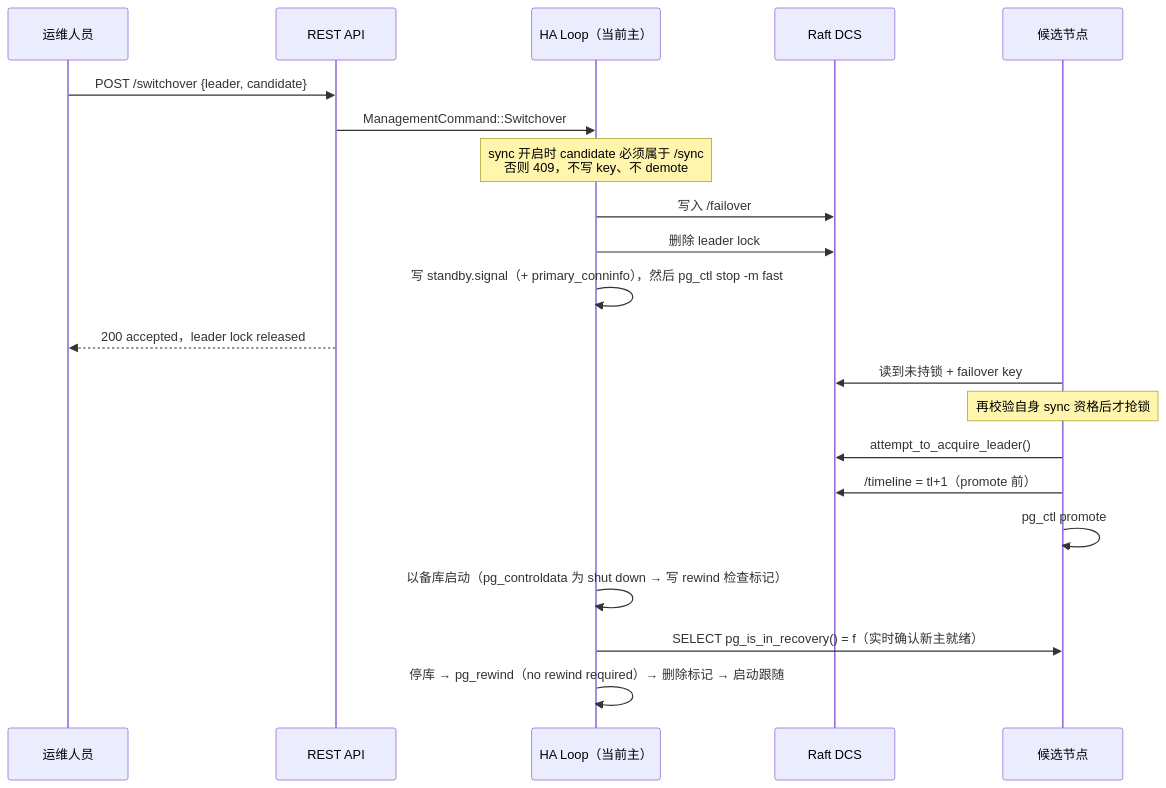
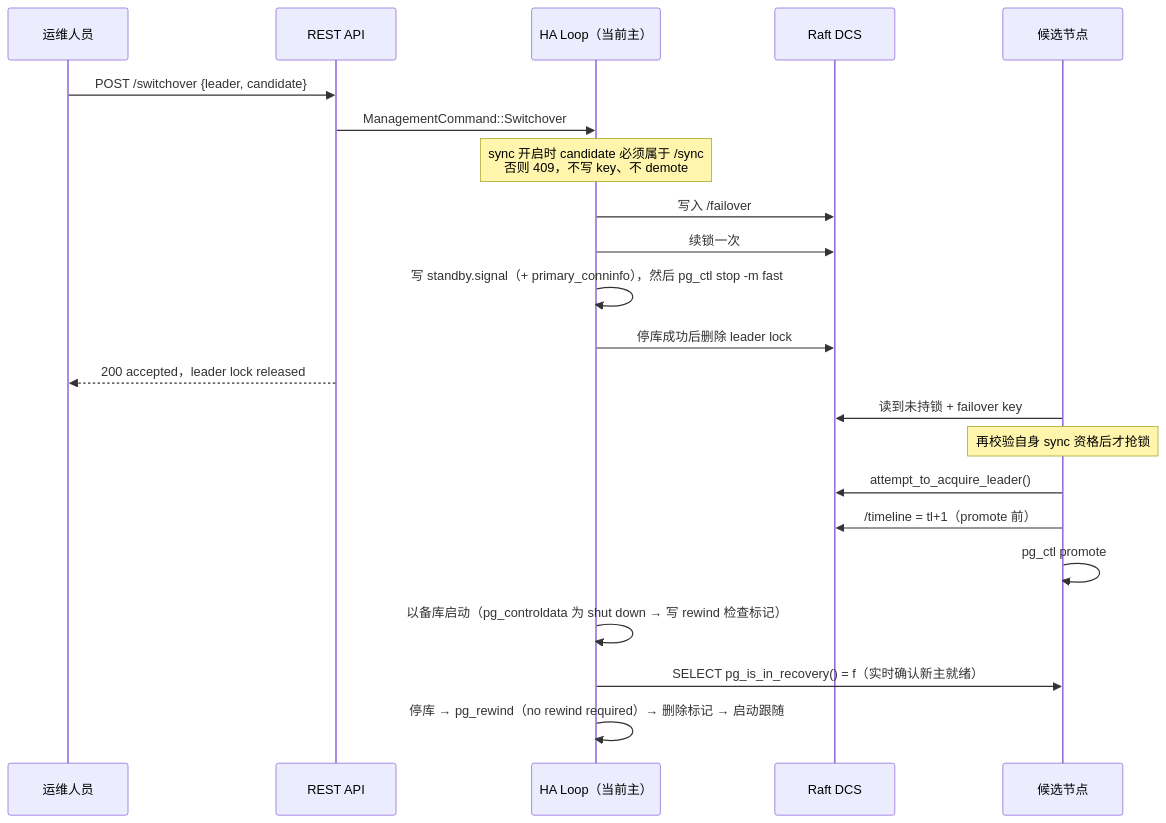
One commit to seraphico/pg-ha changed the first of 2 diagrams in docs/operations-guide.md. Above: the diagram before and after it, drawn with Mermaid. The commit also changed other lines of this file and 16 other files, not shown here.

````diff
--- a/docs/operations-guide.md
+++ b/docs/operations-guide.md
@@ -198,24 +199,25 @@
 ```mermaid
 sequenceDiagram
     participant Admin as 运维人员
     participant API as REST API
     participant HA as HA Loop（当前主）
     participant DCS as Raft DCS
     participant New as 候选节点
 
     Admin->>API: POST /switchover {leader, candidate}
     API->>HA: ManagementCommand::Switchover
     Note over HA: sync 开启时 candidate 必须属于 /sync<br/>否则 409，不写 key、不 demote
     HA->>DCS: 写入 /failover
-    HA->>DCS: 删除 leader lock
+    HA->>DCS: 续锁一次
     HA->>HA: 写 standby.signal（+ primary_conninfo），然后 pg_ctl stop -m fast
+    HA->>DCS: 停库成功后删除 leader lock
     API-->>Admin: 200 accepted，leader lock released
     New->>DCS: 读到未持锁 + failover key
     Note over New: 再校验自身 sync 资格后才抢锁
     New->>DCS: attempt_to_acquire_leader()
     New->>DCS: /timeline = tl+1（promote 前）
     New->>New: pg_ctl promote
     HA->>HA: 以备库启动（pg_controldata 为 shut down → 写 rewind 检查标记）
     HA->>New: SELECT pg_is_in_recovery() = f（实时确认新主就绪）
     HA->>HA: 停库 → pg_rewind（no rewind required）→ 删除标记 → 启动跟随
 ```
````
